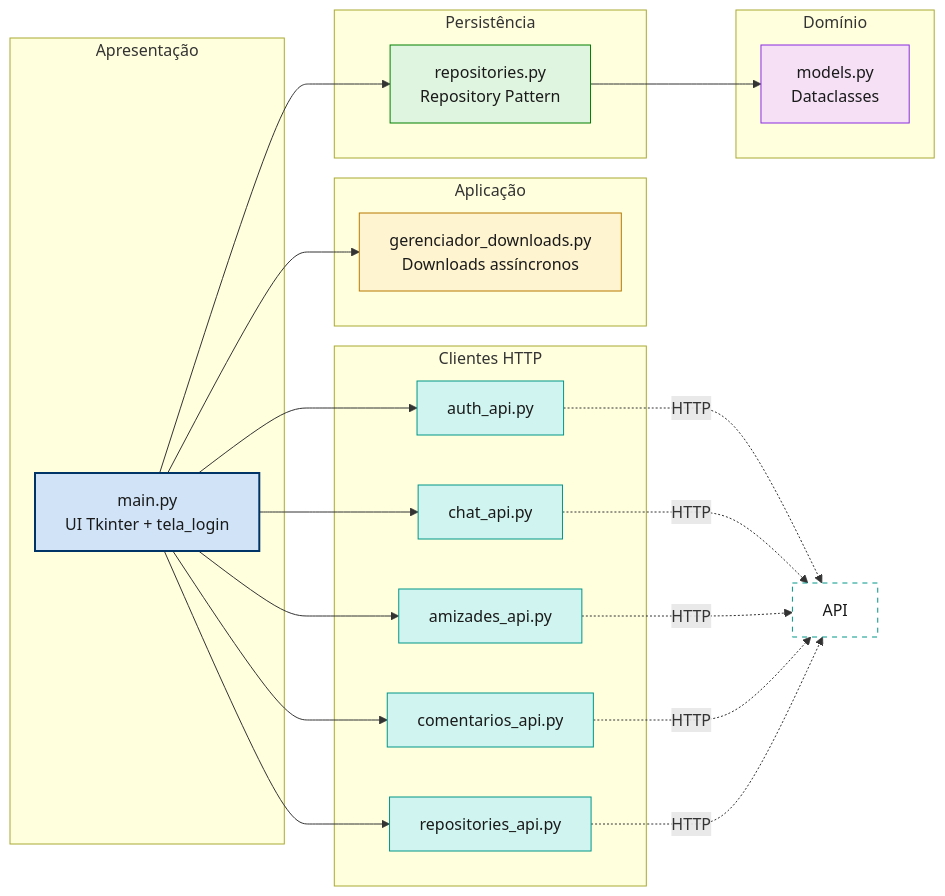
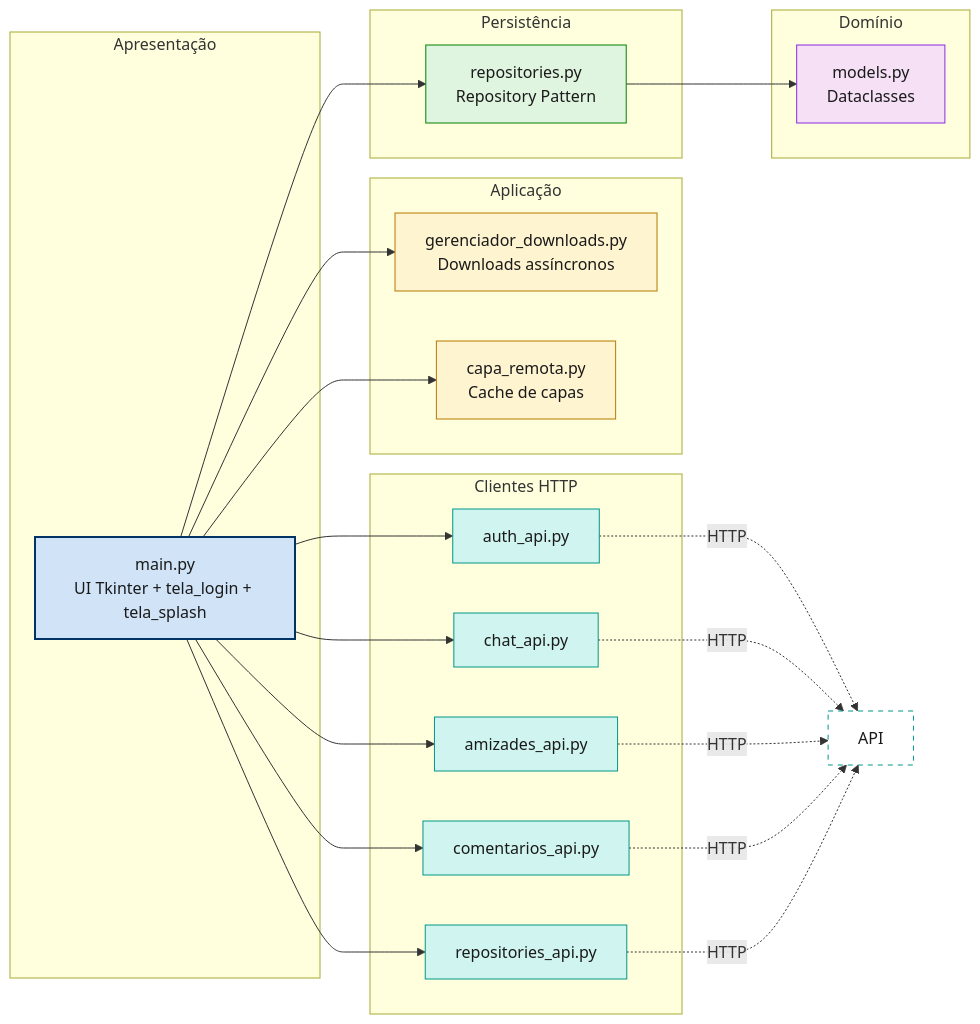
The first of 4 diagrams in README.md (lordepeter/PDF_Reader), drawn with Mermaid before and after one commit. The commit also changed other lines of this file, not shown here.

````diff
--- a/README.md
+++ b/README.md
@@ -120,47 +126,50 @@
 ```mermaid
 graph LR
     subgraph Apresentação
-        UI[main.py<br/>UI Tkinter + tela_login]
+        UI[main.py<br/>UI Tkinter + tela_login + tela_splash]
     end
     subgraph Clientes HTTP
         AUTH[auth_api.py]
         CHATAPI[chat_api.py]
         AMIG[amizades_api.py]
         COM[comentarios_api.py]
         REPOAPI[repositories_api.py]
     end
     subgraph Aplicação
         GD[gerenciador_downloads.py<br/>Downloads assíncronos]
+        CR[capa_remota.py<br/>Cache de capas]
     end
     subgraph Persistência
         REPO[repositories.py<br/>Repository Pattern]
     end
     subgraph Domínio
         MODELS[models.py<br/>Dataclasses]
     end
 
     UI --> GD
+    UI --> CR
     UI --> REPO
     UI --> AUTH
     UI --> CHATAPI
     UI --> AMIG
     UI --> COM
     UI --> REPOAPI
     REPO --> MODELS
     AUTH -.->|HTTP| API
     CHATAPI -.->|HTTP| API
     AMIG -.->|HTTP| API
     COM -.->|HTTP| API
     REPOAPI -.->|HTTP| API
 
     style UI fill:#D0E3F7,stroke:#003366,stroke-width:2px,color:#1a1a1a
     style AUTH fill:#D0F5F0,stroke:#009688,color:#1a1a1a
     style CHATAPI fill:#D0F5F0,stroke:#009688,color:#1a1a1a
     style AMIG fill:#D0F5F0,stroke:#009688,color:#1a1a1a
     style COM fill:#D0F5F0,stroke:#009688,color:#1a1a1a
     style REPOAPI fill:#D0F5F0,stroke:#009688,color:#1a1a1a
     style GD fill:#FFF4D0,stroke:#B77900,color:#1a1a1a
+    style CR fill:#FFF4D0,stroke:#B77900,color:#1a1a1a
     style REPO fill:#E0F5E0,stroke:#008000,color:#1a1a1a
     style MODELS fill:#F5E0F5,stroke:#8A2BE2,color:#1a1a1a
     style API fill:#FFFFFF,stroke:#009688,stroke-dasharray: 5 5,color:#1a1a1a
 ```
````
